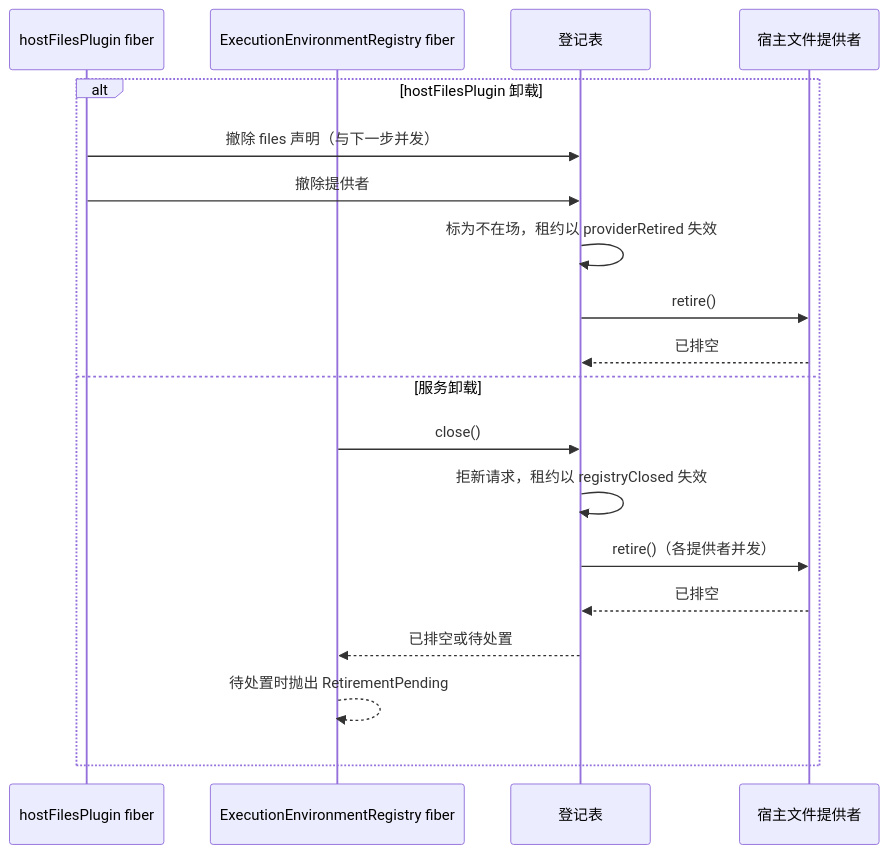
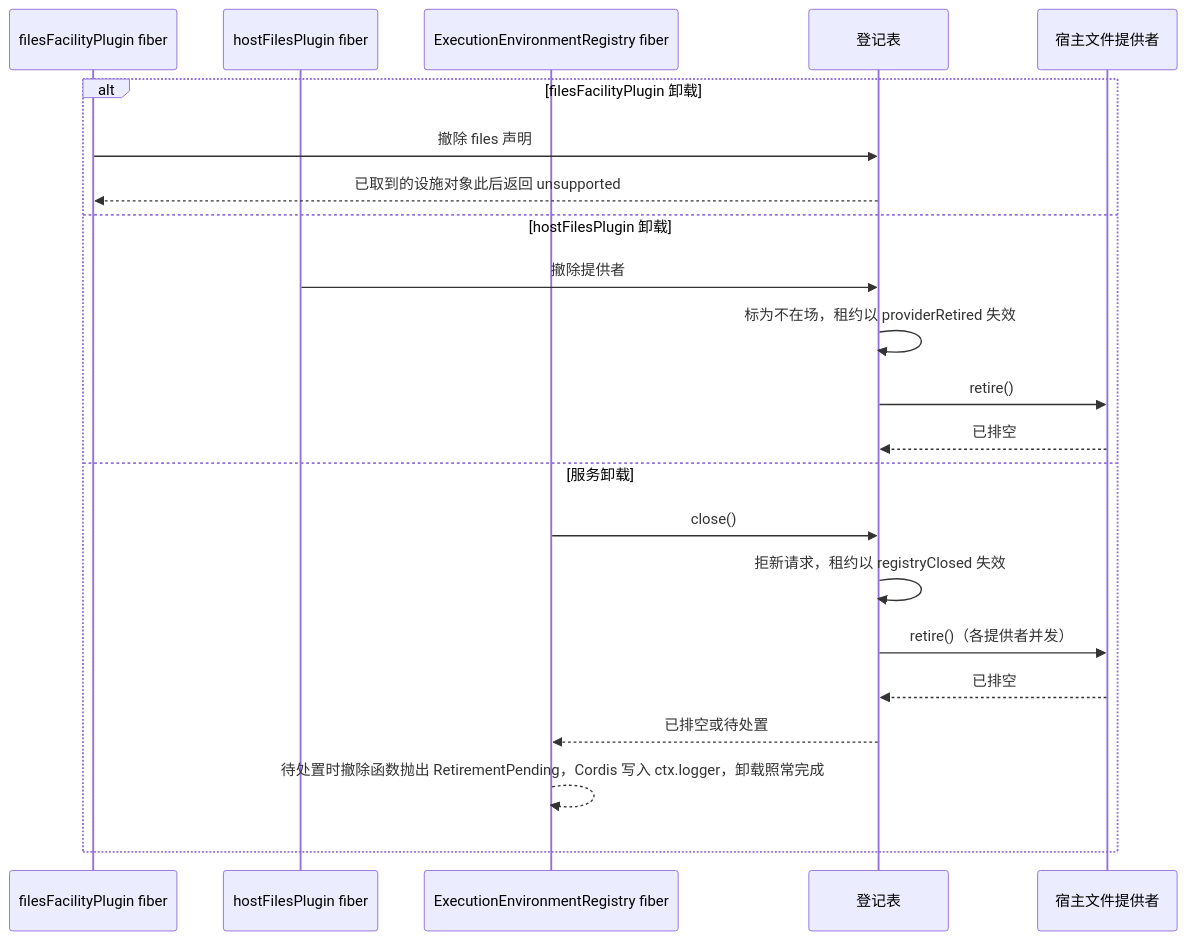
One commit to nemori-ai/omne-harness-lite changed the third of 3 diagrams in packages/execution/execution-environment-host-local/docs/flows.md. Above: the diagram before and after it, drawn with Mermaid. The commit also changed other lines of this file and 63 other files, not shown here.

````diff
--- a/packages/execution/execution-environment-host-local/docs/flows.md
+++ b/packages/execution/execution-environment-host-local/docs/flows.md
@@ -78,21 +81,24 @@
 ```mermaid
 sequenceDiagram
+  participant D as filesFacilityPlugin fiber
   participant H as hostFilesPlugin fiber
   participant S as ExecutionEnvironmentRegistry fiber
   participant R as 登记表
   participant P as 宿主文件提供者
-  alt hostFilesPlugin 卸载
-    H->>R: 撤除 files 声明（与下一步并发）
+  alt filesFacilityPlugin 卸载
+    D->>R: 撤除 files 声明
+    R-->>D: 已取到的设施对象此后返回 unsupported
+  else hostFilesPlugin 卸载
     H->>R: 撤除提供者
     R->>R: 标为不在场，租约以 providerRetired 失效
     R->>P: retire()
     P-->>R: 已排空
   else 服务卸载
     S->>R: close()
     R->>R: 拒新请求，租约以 registryClosed 失效
     R->>P: retire()（各提供者并发）
     P-->>R: 已排空
     R-->>S: 已排空或待处置
-    S-->>S: 待处置时抛出 RetirementPending
+    S-->>S: 待处置时撤除函数抛出 RetirementPending，Cordis 写入 ctx.logger，卸载照常完成
   end
 ```
````
